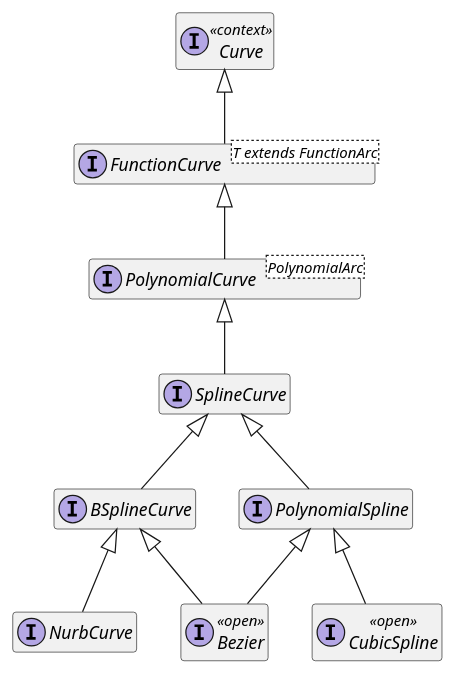
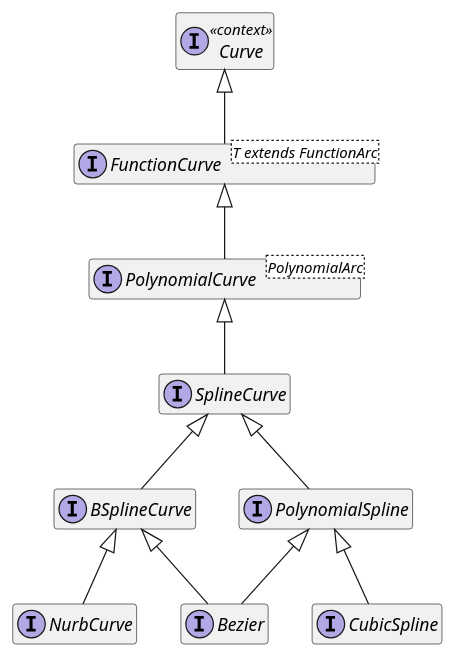
The third of 6 diagrams in incubator/src/org.apache.sis.geometry/main/org/apache/sis/geometries/summary.adoc (apache/sis), drawn with PlantUML before and after one commit. The commit also changed other lines of this file and 17 other files, not shown here.

```diff
--- a/incubator/src/org.apache.sis.geometry/main/org/apache/sis/geometries/summary.adoc
+++ b/incubator/src/org.apache.sis.geometry/main/org/apache/sis/geometries/summary.adoc
@@ -135,43 +131,39 @@
 [plantuml,geometry-splines,svg]
 ....
 @startuml
 hide empty members
 skinparam shadowing false
 skinparam interface {
     BackgroundColor #FDFDFD
     BorderColor #4A6785
-}
-skinparam interface<<open>> {
-    BackgroundColor #FFF6E0
-    BorderColor #C9A227
 }
 skinparam interface<<context>> {
     BackgroundColor #EEF3F8
     BorderColor #93A9C0
 }
 skinparam interface<<external>> {
     BackgroundColor #F0F0F0
     BorderColor #999999
 }
 
 interface BSplineCurve
-interface Bezier <<open>>
-interface CubicSpline <<open>>
+interface Bezier
+interface CubicSpline
 interface Curve <<context>>
 interface "FunctionCurve<T extends FunctionArc>" as FunctionCurve
 interface NurbCurve
 interface "PolynomialCurve<PolynomialArc>" as PolynomialCurve
 interface PolynomialSpline
 interface SplineCurve
 
 BSplineCurve <|-- Bezier
 BSplineCurve <|-- NurbCurve
 Curve <|-- FunctionCurve
 FunctionCurve <|-- PolynomialCurve
 PolynomialCurve <|-- SplineCurve
 PolynomialSpline <|-- Bezier
 PolynomialSpline <|-- CubicSpline
 SplineCurve <|-- BSplineCurve
 SplineCurve <|-- PolynomialSpline
 @enduml
 ....
```
